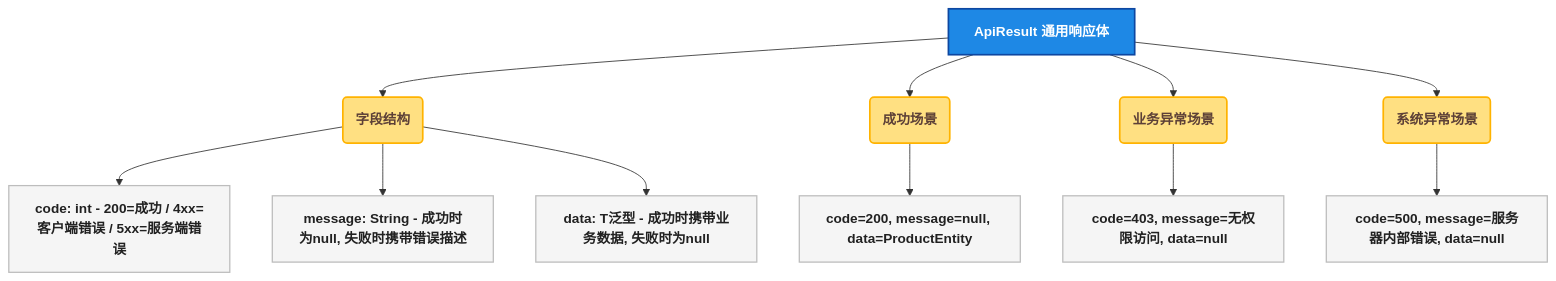
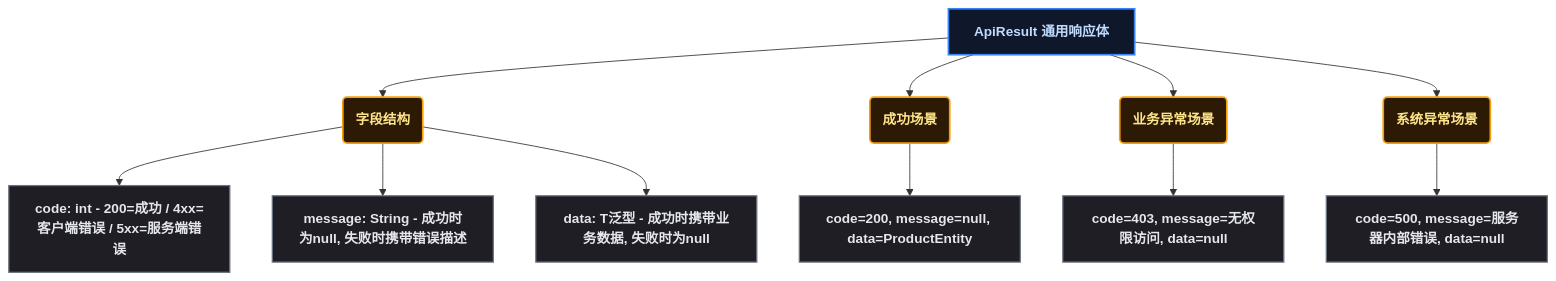
One commit to yaocat55/yaocat55.github.io changed the first of 6 diagrams in content/posts/springmvc/ApiResponseDesignPattern.md. Above: the diagram before and after it, drawn with Mermaid. The commit also changed other lines of this file and 155 other files, not shown here.

````diff
--- a/content/posts/springmvc/ApiResponseDesignPattern.md
+++ b/content/posts/springmvc/ApiResponseDesignPattern.md
@@ -81,26 +81,26 @@
 ```mermaid
 flowchart TD
-    classDef root fill:#1E88E5,stroke:#0D47A1,stroke-width:2px,color:#FFFFFF,font-weight:bold;
-    classDef branch fill:#FFE082,stroke:#FFB300,stroke-width:2px,color:#5D4037,font-weight:bold;
-    classDef leaf fill:#F5F5F5,stroke:#BDBDBD,stroke-width:1.5px,color:#212121;
+classDef root fill:#0f172a,stroke:#3b82f6,stroke-width:2px,color:#bfdbfe,font-weight:bold;
+classDef branch fill:#2d1a05,stroke:#f59e0b,stroke-width:2px,color:#fde68a,font-weight:bold;
+classDef leaf fill:#1e1e24,stroke:#6b7280,stroke-width:1.5px,color:#e5e7eb;
 
     ROOT[ApiResult 通用响应体]
 
     ROOT --> B1(字段结构)
     B1 --> F1["code: int - 200=成功 / 4xx=客户端错误 / 5xx=服务端错误"]
     B1 --> F2["message: String - 成功时为null, 失败时携带错误描述"]
     B1 --> F3["data: T泛型 - 成功时携带业务数据, 失败时为null"]
 
     ROOT --> B2(成功场景)
     B2 --> S1["code=200, message=null, data=ProductEntity"]
 
     ROOT --> B3(业务异常场景)
     B3 --> S2["code=403, message=无权限访问, data=null"]
 
     ROOT --> B4(系统异常场景)
     B4 --> S3["code=500, message=服务器内部错误, data=null"]
 
     class ROOT root;
     class B1,B2,B3,B4 branch;
     class F1,F2,F3,S1,S2,S3 leaf;
 ```
````
